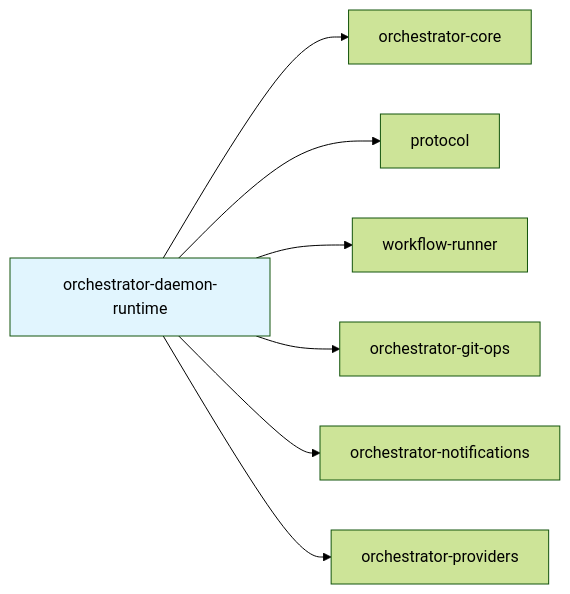
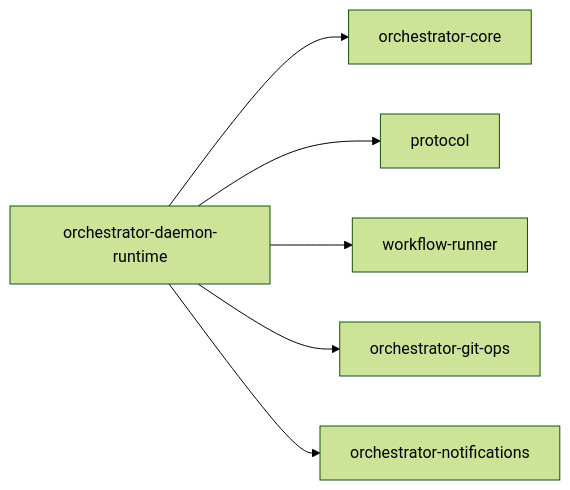
One commit to launchapp-dev/animus-cli changed the second of 2 diagrams in crates/orchestrator-daemon-runtime/README.md. Above: the diagram before and after it, drawn with Mermaid (forest theme). The commit also changed other lines of this file and 15 other files, not shown here.

````diff
--- a/crates/orchestrator-daemon-runtime/README.md
+++ b/crates/orchestrator-daemon-runtime/README.md
@@ -145,19 +90,15 @@
 ```mermaid
 graph LR
-    ODR[orchestrator-daemon-runtime]
-    OC[orchestrator-core]
-    P[protocol]
-    WR[workflow-runner]
-    OGO[orchestrator-git-ops]
-    ON[orchestrator-notifications]
-    OP[orchestrator-providers]
+    DRT["orchestrator-daemon-runtime"]
+    CORE["orchestrator-core"]
+    PROTO["protocol"]
+    WFR["workflow-runner"]
+    GIT["orchestrator-git-ops"]
+    NOTIF["orchestrator-notifications"]
 
-    ODR --> OC
-    ODR --> P
-    ODR --> WR
-    ODR --> OGO
-    ODR --> ON
-    ODR --> OP
-
-    style ODR fill:#e1f5fe
+    DRT --> CORE
+    DRT --> PROTO
+    DRT --> WFR
+    DRT --> GIT
+    DRT --> NOTIF
 ```
````
